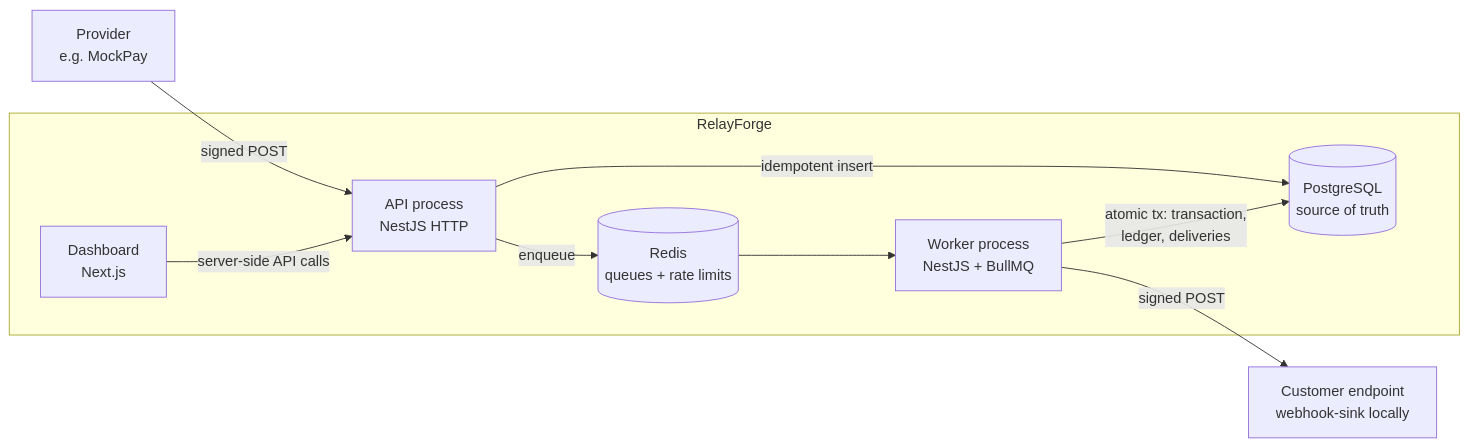
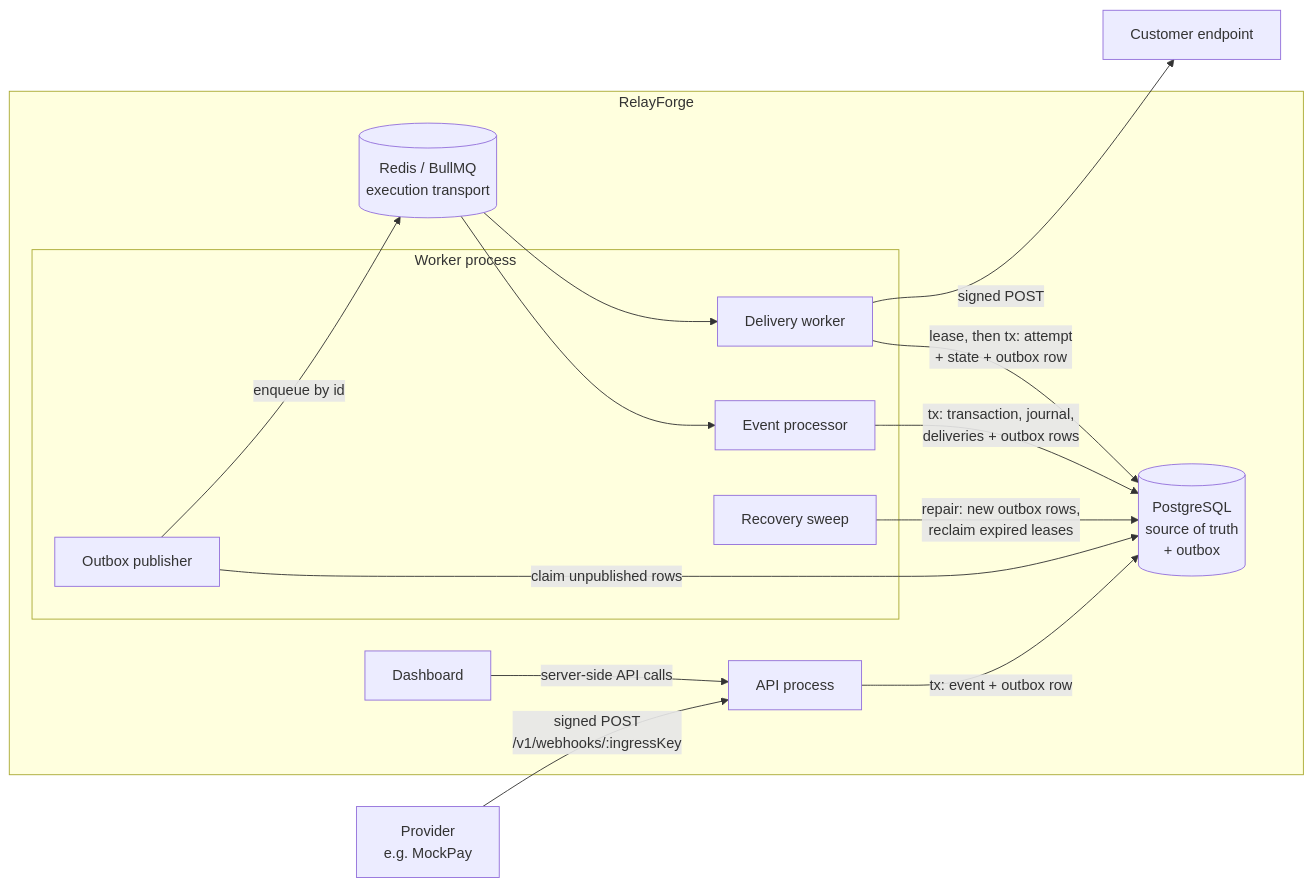
The first of 3 diagrams in docs/implementation-plan.md (AlhasanWas/relayforge), drawn with Mermaid before and after one commit. The commit also changed other lines of this file, not shown here.

First line of the commit message:
docs: revise plan with outbox, provider connections and double-entry ledger

````diff
--- a/docs/implementation-plan.md
+++ b/docs/implementation-plan.md
@@ -25,19 +29,28 @@
 ```mermaid
 flowchart LR
-    P[Provider<br/>e.g. MockPay] -->|signed POST| API
+    P[Provider<br/>e.g. MockPay] -->|signed POST<br/>/v1/webhooks/:ingressKey| API
 
     subgraph RelayForge
-        API[API process<br/>NestJS HTTP]
-        W[Worker process<br/>NestJS + BullMQ]
-        PG[(PostgreSQL<br/>source of truth)]
-        R[(Redis<br/>queues + rate limits)]
-        D[Dashboard<br/>Next.js]
+        API[API process]
+        subgraph Worker process
+            PUB[Outbox publisher]
+            EW[Event processor]
+            DW[Delivery worker]
+            SW[Recovery sweep]
+        end
+        PG[(PostgreSQL<br/>source of truth<br/>+ outbox)]
+        R[(Redis / BullMQ<br/>execution transport)]
+        D[Dashboard]
     end
 
-    API -->|idempotent insert| PG
-    API -->|enqueue| R
-    R --> W
-    W -->|atomic tx: transaction,<br/>ledger, deliveries| PG
-    W -->|signed POST| C[Customer endpoint<br/>webhook-sink locally]
+    API -->|tx: event + outbox row| PG
+    PUB -->|claim unpublished rows| PG
+    PUB -->|enqueue by id| R
+    R --> EW
+    R --> DW
+    EW -->|tx: transaction, journal,<br/>deliveries + outbox rows| PG
+    DW -->|lease, then tx: attempt<br/>+ state + outbox row| PG
+    DW -->|signed POST| C[Customer endpoint]
+    SW -->|repair: new outbox rows,<br/>reclaim expired leases| PG
     D -->|server-side API calls| API
 ```
````
